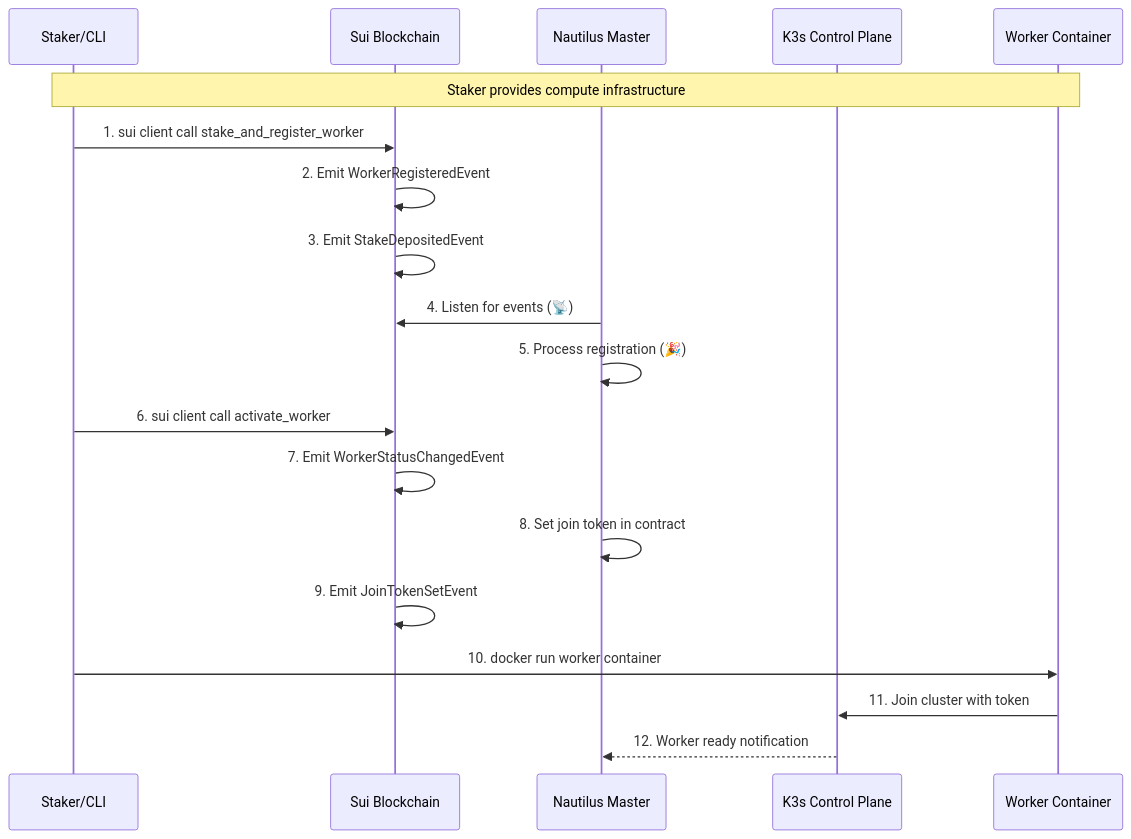
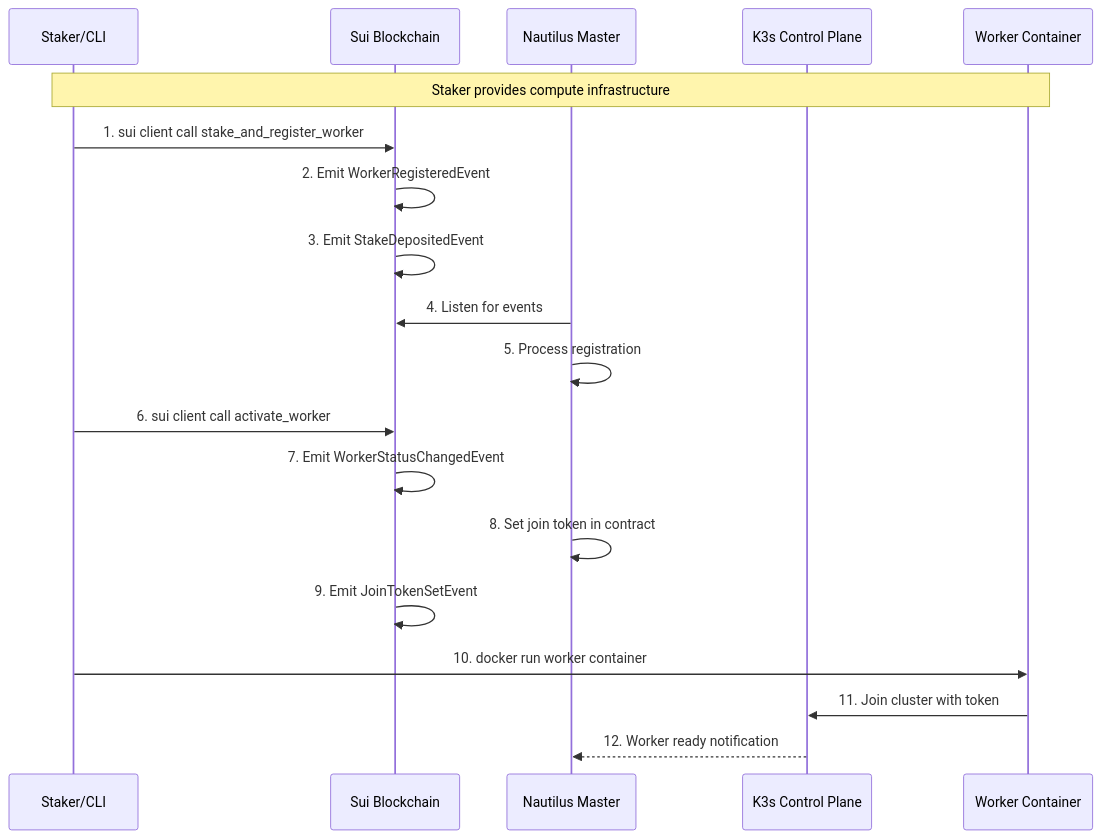
Before and after one commit to DAAS-Vader/.github: the second of 6 diagrams in profile/readme.md, drawn with Mermaid. The commit also changed other lines of this file, not shown here.

````diff
--- a/profile/readme.md
+++ b/profile/readme.md
@@ -56,23 +56,23 @@
 ```mermaid
 sequenceDiagram
     participant S as Staker/CLI
     participant B as Sui Blockchain
     participant N as Nautilus Master
     participant K as K3s Control Plane
     participant W as Worker Container
 
     Note over S,W: Staker provides compute infrastructure
 
     S->>B: 1. sui client call stake_and_register_worker
     B->>B: 2. Emit WorkerRegisteredEvent
     B->>B: 3. Emit StakeDepositedEvent
-    N->>B: 4. Listen for events (📡)
-    N->>N: 5. Process registration (🎉)
+    N->>B: 4. Listen for events 
+    N->>N: 5. Process registration 
     S->>B: 6. sui client call activate_worker
     B->>B: 7. Emit WorkerStatusChangedEvent
     N->>N: 8. Set join token in contract
     B->>B: 9. Emit JoinTokenSetEvent
     S->>W: 10. docker run worker container
     W->>K: 11. Join cluster with token
     K-->>N: 12. Worker ready notification
 ```
````
